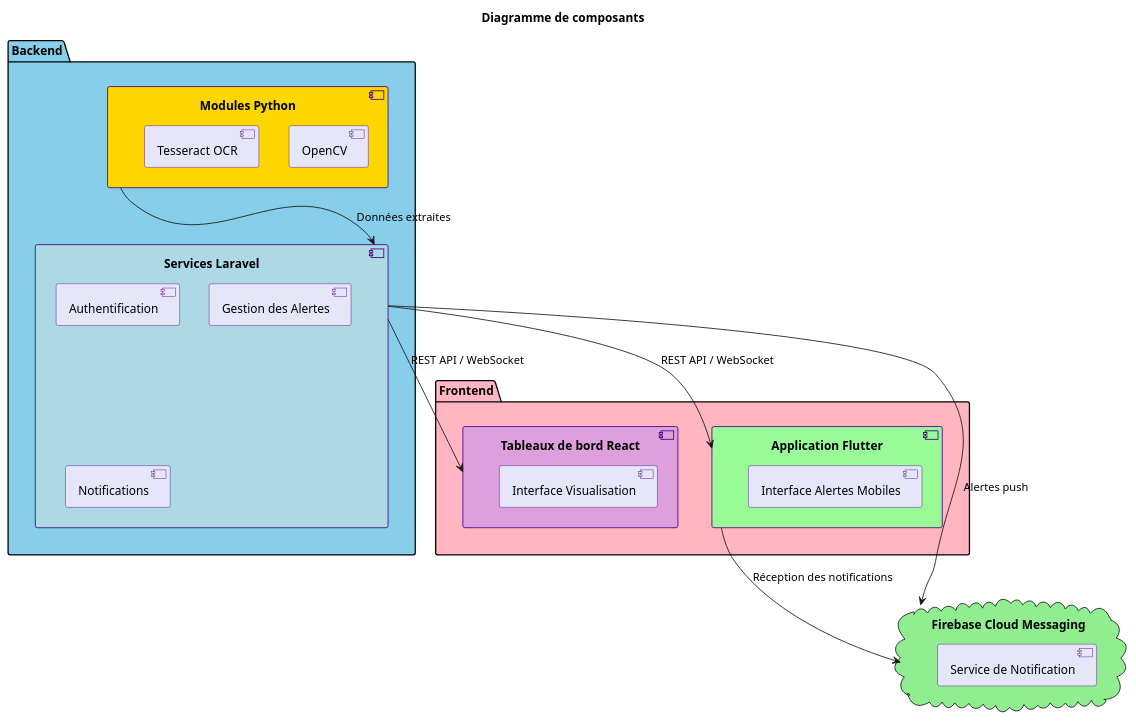
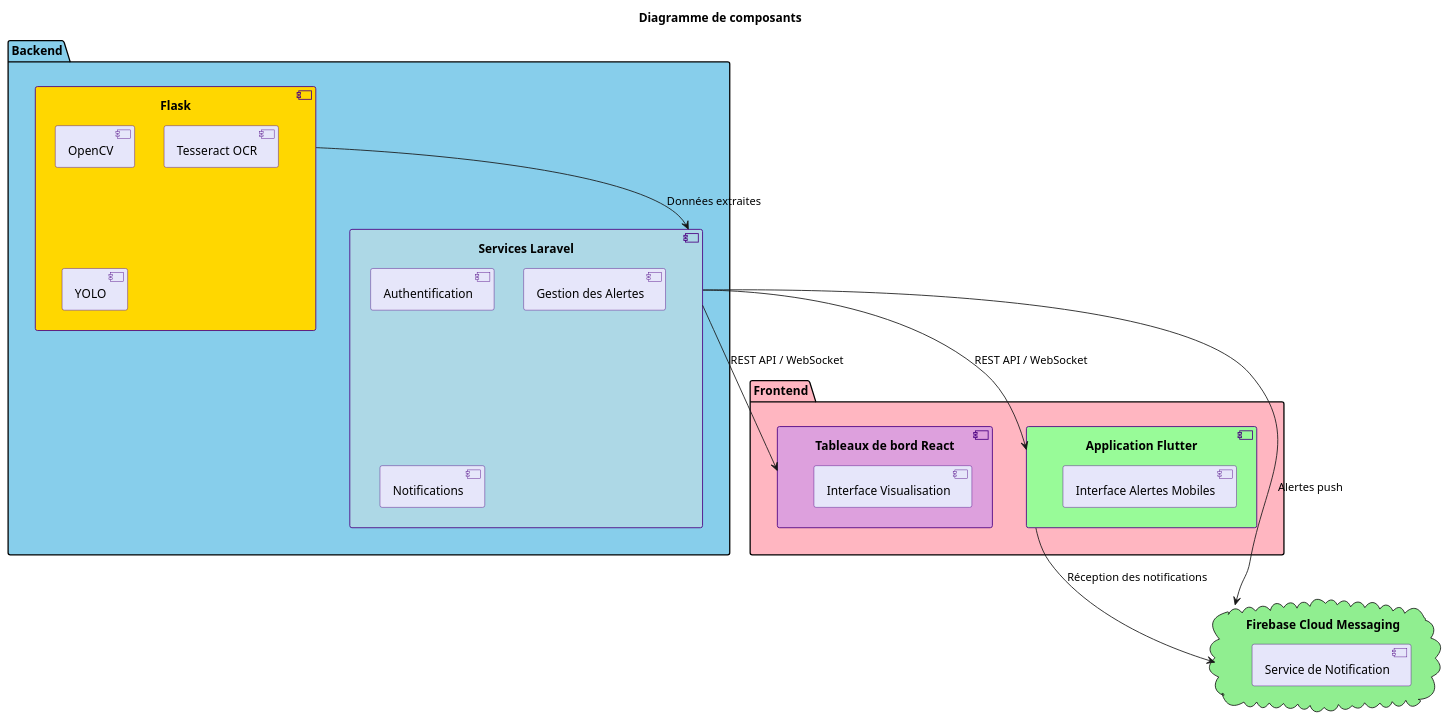
The diagram in chapter3/diagrams/component_diagram.wsd (RachaZaibi/rapport), drawn with PlantUML before and after one commit. The commit also changed 19 other files, not shown here.

```diff
--- a/chapter3/diagrams/component_diagram.wsd
+++ b/chapter3/diagrams/component_diagram.wsd
@@ -1,39 +1,40 @@
 @startuml
 title Diagramme de composants
 
 skinparam component {
     BackgroundColor #E6E6FA
     BorderColor #4B0082
 }
 
 package "Backend" #87CEEB {
-    component "Modules Python" #FFD700 {
+    component "Flask" #FFD700 {
         [OpenCV]
         [Tesseract OCR]
+        [YOLO]
     }
     component "Services Laravel" #ADD8E6 {
         [Authentification]
         [Gestion des Alertes]
         [Notifications]
     }
-    "Modules Python" --> "Services Laravel" : Données extraites
+    "Flask" --> "Services Laravel" : Données extraites
 }
 
 package "Frontend" #FFB6C1 {
     component "Tableaux de bord React" #DDA0DD {
         [Interface Visualisation]
     }
     component "Application Flutter" #98FB98 {
         [Interface Alertes Mobiles]
     }
     "Services Laravel" --> "Tableaux de bord React" : REST API / WebSocket
     "Services Laravel" --> "Application Flutter" : REST API / WebSocket
 }
 
 cloud "Firebase Cloud Messaging" #90EE90 {
     [Service de Notification]
 }
 "Services Laravel" --> "Firebase Cloud Messaging" : Alertes push
 "Application Flutter" --> "Firebase Cloud Messaging" : Réception des notifications
 
 @enduml
```
